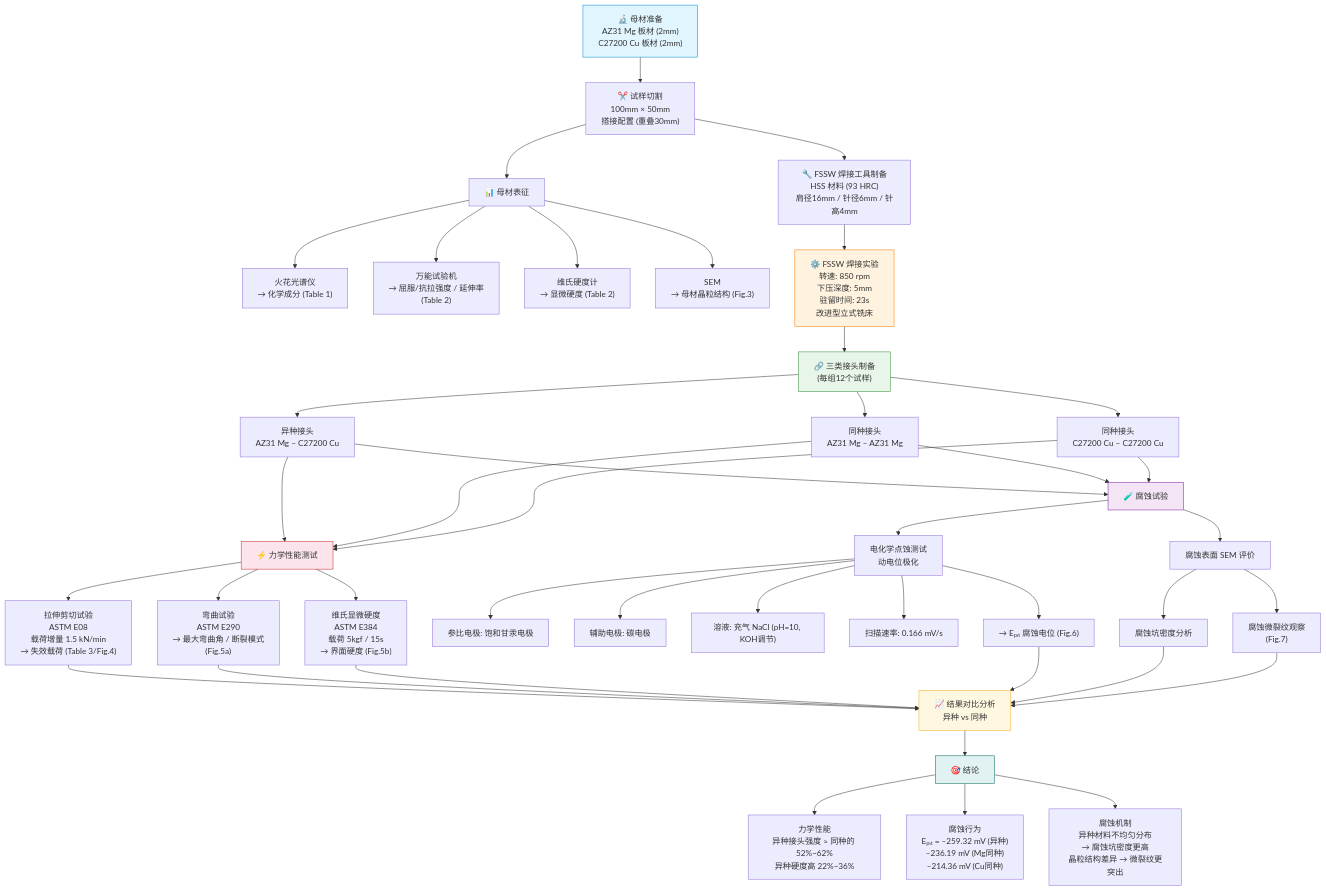
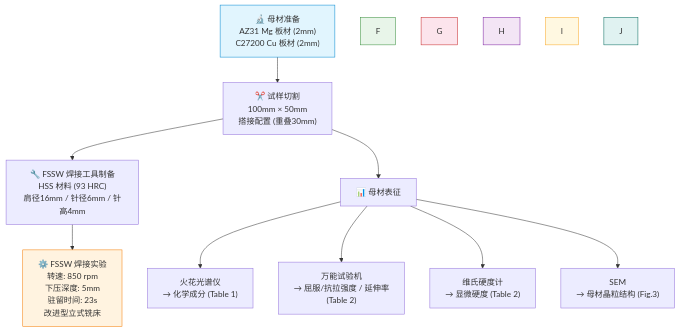
Before and after one commit to yongwu0718/fastapi-deepagent-vue: the diagram in knowledge-base/a.md, drawn with Mermaid. The commit also changed 41 other files, not shown here.

````diff
--- a/knowledge-base/a.md
+++ b/knowledge-base/a.md
@@ -1,70 +1,38 @@
 ```mermaid
 %%{init: {
   'theme': 'base',
   'themeVariables': {
     'background': '#181c26',        /* 画布底色：深蓝灰 */
     'primaryColor': '#293241',      /* 节点底色 */
     'primaryBorderColor': '#5e86bd',/* 节点边框色（浅蓝） */
     'primaryTextColor': '#dce6f0',  /* 节点内文字颜色 */
     'lineColor': '#5e86bd',         /* 连线颜色 */
     'fontFamily': 'sans-serif'
   },
   'flowchart': {
     'curve': 'step'                 /* 强制直角连线 (stepBefore/stepAfter 也可以尝试) */
   }
 }}%% 
 flowchart TB
     A["🔬 母材准备<br/>AZ31 Mg 板材 (2mm)<br/>C27200 Cu 板材 (2mm)"] --> B["✂️ 试样切割<br/>100mm × 50mm<br/>搭接配置 (重叠30mm)"]
 
     B --> C["🔧 FSSW 焊接工具制备<br/>HSS 材料 (93 HRC)<br/>肩径16mm / 针径6mm / 针高4mm"]
 
     B --> D["📊 母材表征"]
 
     D --> D1["火花光谱仪<br/>→ 化学成分 (Table 1)"]
     D --> D2["万能试验机<br/>→ 屈服/抗拉强度 / 延伸率<br/>(Table 2)"]
     D --> D3["维氏硬度计<br/>→ 显微硬度 (Table 2)"]
     D --> D4["SEM<br/>→ 母材晶粒结构 (Fig.3)"]
 
     C --> E["⚙️ FSSW 焊接实验<br/>转速: 850 rpm<br/>下压深度: 5mm<br/>驻留时间: 23s<br/>改进型立式铣床"]
 
-    E --> F["🔗 三类接头制备<br/>(每组12个试样)"]
-
-    F --> F1["异种接头<br/>AZ31 Mg – C27200 Cu"]
-    F --> F2["同种接头<br/>AZ31 Mg – AZ31 Mg"]
-    F --> F3["同种接头<br/>C27200 Cu – C27200 Cu"]
-
-    F1 & F2 & F3 --> G["⚡ 力学性能测试"]
-
-    G --> G1["拉伸剪切试验<br/>ASTM E08<br/>载荷增量 1.5 kN/min<br/>→ 失效载荷 (Table 3/Fig.4)"]
-    G --> G2["弯曲试验<br/>ASTM E290<br/>→ 最大弯曲角 / 断裂模式<br/>(Fig.5a)"]
-    G --> G3["维氏显微硬度<br/>ASTM E384<br/>载荷 5kgf / 15s<br/>→ 界面硬度 (Fig.5b)"]
-
-    F1 & F2 & F3 --> H["🧪 腐蚀试验"]
-
-    H --> H1["电化学点蚀测试<br/>动电位极化"]
-    H1 --> H1a["参比电极: 饱和甘汞电极"]
-    H1 --> H1b["辅助电极: 碳电极"]
-    H1 --> H1c["溶液: 充气 NaCl (pH=10, KOH调节)"]
-    H1 --> H1d["扫描速率: 0.166 mV/s"]
-    H1 --> H1e["→ Eₚᵢₜ 腐蚀电位 (Fig.6)"]
-
-    H --> H2["腐蚀表面 SEM 评价"]
-    H2 --> H2a["腐蚀坑密度分析"]
-    H2 --> H2b["腐蚀微裂纹观察<br/>(Fig.7)"]
-
-    G1 & G2 & G3 & H1e & H2a & H2b --> I["📈 结果对比分析<br/>异种 vs 同种"]
-
-    I --> J["🎯 结论"]
-
-    J --> J1["力学性能<br/>异种接头强度 ≈ 同种的 52%~62%<br/>异种硬度高 22%~36%"]
-    J --> J2["腐蚀行为<br/>Eₚᵢₜ = –259.32 mV (异种)<br/>–236.19 mV (Mg同种)<br/>–214.36 mV (Cu同种)"]
-    J --> J3["腐蚀机制<br/>异种材料不均匀分布<br/>→ 腐蚀坑密度更高<br/>晶粒结构差异 → 微裂纹更突出"]
-
+    
     style A fill:#e1f5fe,stroke:#0288d1
     style E fill:#fff3e0,stroke:#f57c00
     style F fill:#e8f5e9,stroke:#388e3c
     style G fill:#fce4ec,stroke:#c62828
     style H fill:#f3e5f5,stroke:#7b1fa2
     style I fill:#fff8e1,stroke:#f9a825
     style J fill:#e0f2f1,stroke:#00695c
 ```
````
